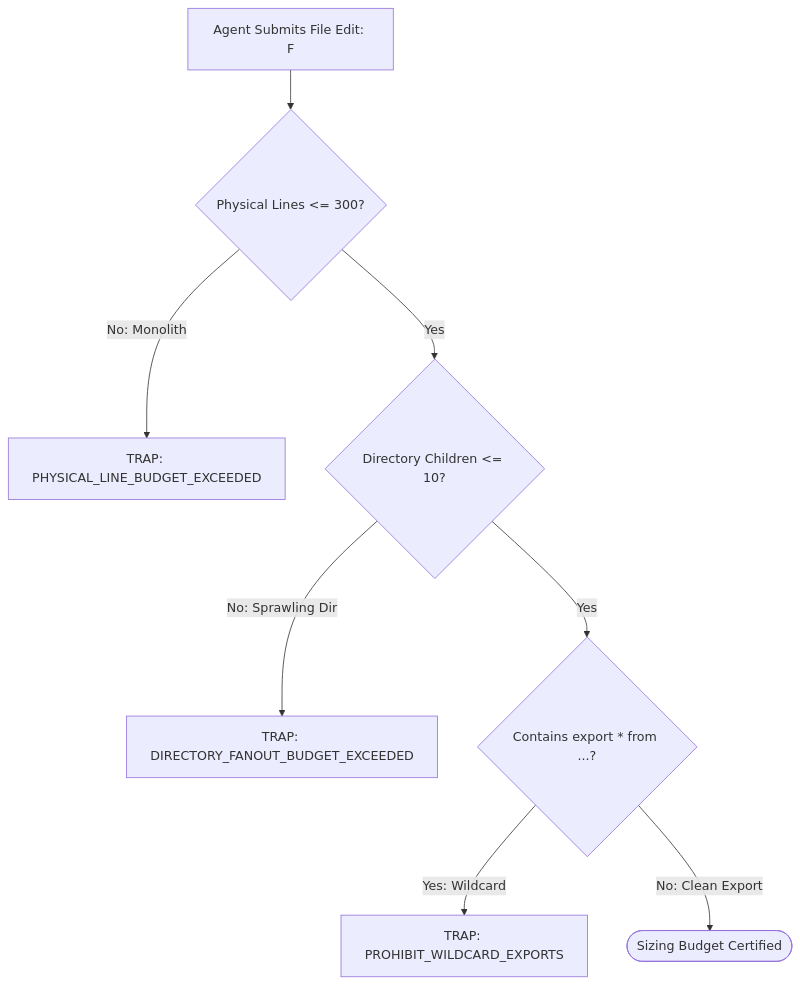
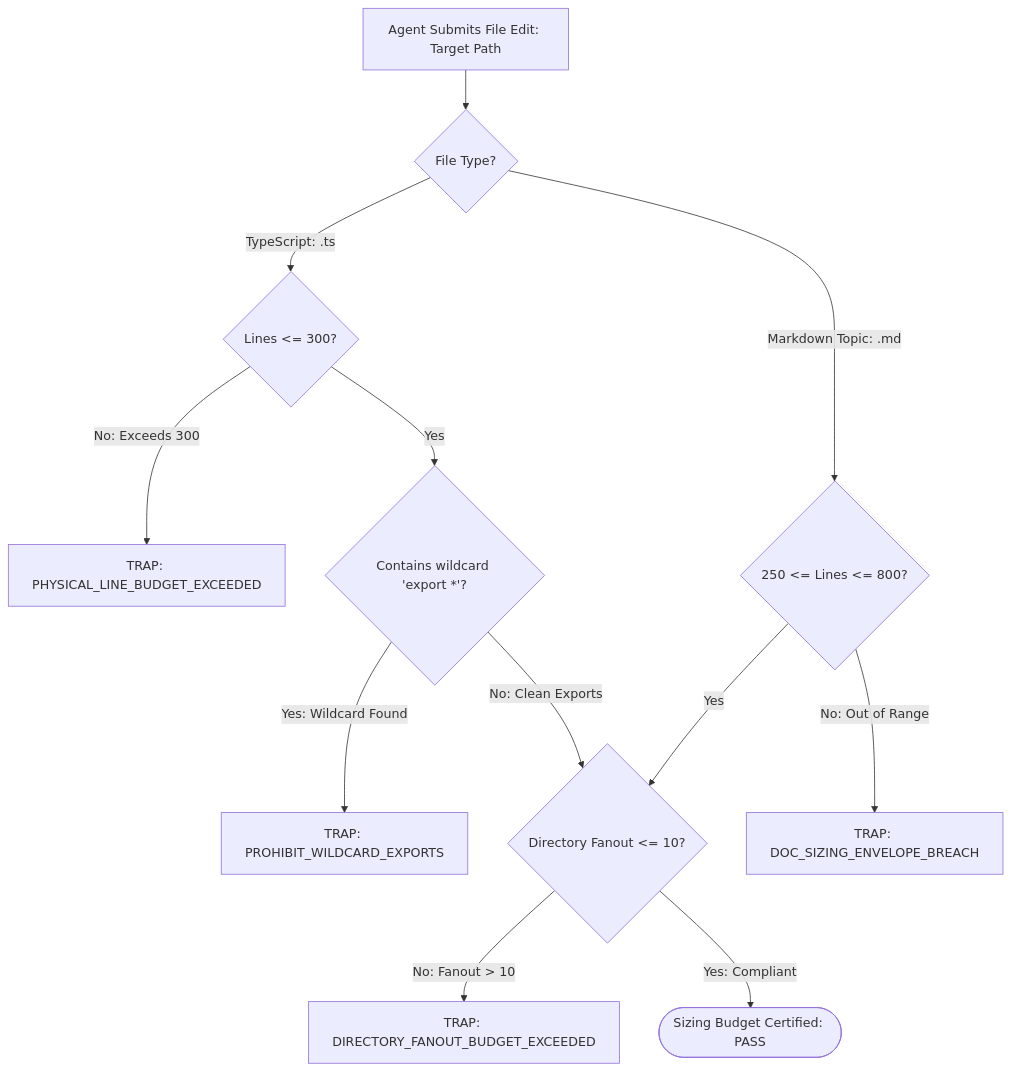
The diagram in docs/olt/architecture/02-four-tier-hierarchy/02-04-modular-file-and-directory-budgets.md (onurseckin/skills), drawn with Mermaid before and after one commit. The commit also changed other lines of this file and 163 other files, not shown here.

````diff
--- a/docs/olt/architecture/02-four-tier-hierarchy/02-04-modular-file-and-directory-budgets.md
+++ b/docs/olt/architecture/02-four-tier-hierarchy/02-04-modular-file-and-directory-budgets.md
@@ -53,10 +110,17 @@
 ```mermaid
 flowchart TD
-    EditSubmission[Agent Submits File Edit: F] --> LineCountCheck{Physical Lines <= 300?}
-    LineCountCheck -->|No: Monolith| RejectLines[TRAP: PHYSICAL_LINE_BUDGET_EXCEEDED]
-    LineCountCheck -->|Yes| FanoutCheck{Directory Children <= 10?}
-    FanoutCheck -->|No: Sprawling Dir| RejectFanout[TRAP: DIRECTORY_FANOUT_BUDGET_EXCEEDED]
-    FanoutCheck -->|Yes| WildcardCheck{Contains export * from ...?}
-    WildcardCheck -->|Yes: Wildcard| RejectWildcard[TRAP: PROHIBIT_WILDCARD_EXPORTS]
-    WildcardCheck -->|No: Clean Export| PassBudget([Sizing Budget Certified])
+    FileEdit[Agent Submits File Edit: Target Path] --> TypeCheck{File Type?}
+
+    TypeCheck -->|TypeScript: .ts| CheckTSLines{Lines <= 300?}
+    CheckTSLines -->|No: Exceeds 300| TrapTSLimit[TRAP: PHYSICAL_LINE_BUDGET_EXCEEDED]
+    CheckTSLines -->|Yes| CheckExports{Contains wildcard 'export *'?}
+    CheckExports -->|Yes: Wildcard Found| TrapWildcard[TRAP: PROHIBIT_WILDCARD_EXPORTS]
+    CheckExports -->|No: Clean Exports| CheckDirFanout
+
+    TypeCheck -->|Markdown Topic: .md| CheckDocLines{250 <= Lines <= 800?}
+    CheckDocLines -->|No: Out of Range| TrapDocLimit[TRAP: DOC_SIZING_ENVELOPE_BREACH]
+    CheckDocLines -->|Yes| CheckDirFanout{Directory Fanout <= 10?}
+
+    CheckDirFanout -->|No: Fanout > 10| TrapFanout[TRAP: DIRECTORY_FANOUT_BUDGET_EXCEEDED]
+    CheckDirFanout -->|Yes: Compliant| PassAll([Sizing Budget Certified: PASS])
 ```
````
